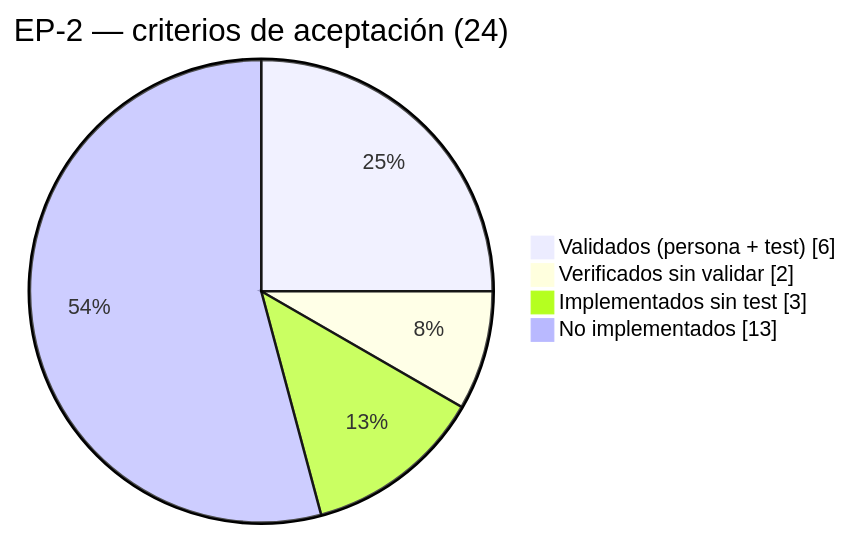
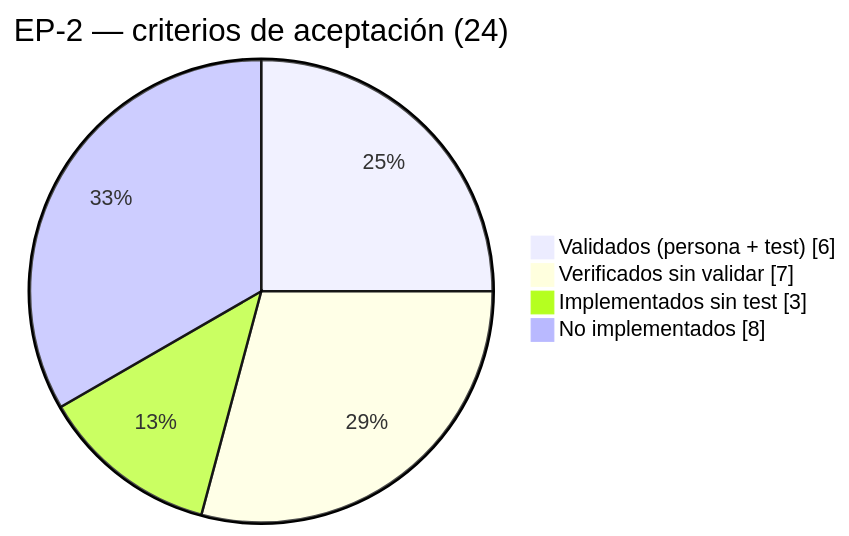
Before and after one commit to P4bl1t0ck/Urbanex: the diagram in docs/handoff/URBANEX_AVANCE_EPICAS.md, drawn with Mermaid. The commit also changed other lines of this file and 9 other files, not shown here.

````diff
--- a/docs/handoff/URBANEX_AVANCE_EPICAS.md
+++ b/docs/handoff/URBANEX_AVANCE_EPICAS.md
@@ -99,7 +99,7 @@
 ```mermaid
 pie showData title EP-2 — criterios de aceptación (24)
   "Validados (persona + test)" : 6
-  "Verificados sin validar" : 2
+  "Verificados sin validar" : 7
   "Implementados sin test" : 3
-  "No implementados" : 13
+  "No implementados" : 8
 ```
````
